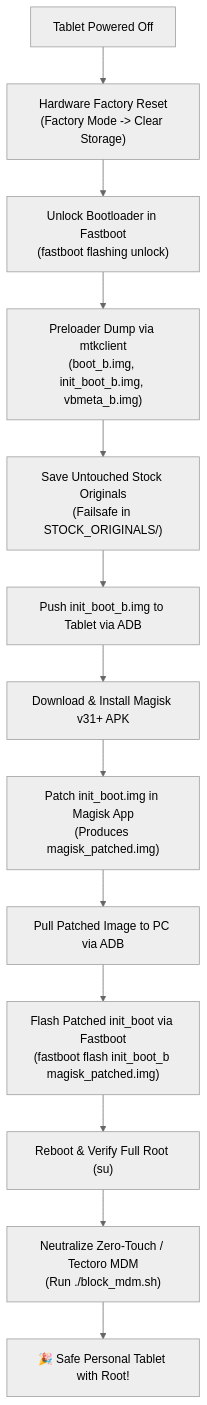
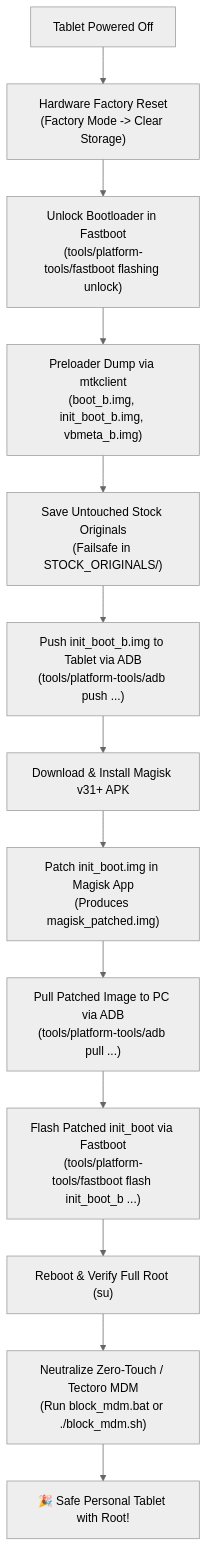
The diagram in README.md (codeturbulent/Acerone8_), drawn with Mermaid (neutral theme) before and after one commit. The commit also changed other lines of this file and 5 other files, not shown here.

````diff
--- a/README.md
+++ b/README.md
@@ -41,15 +41,15 @@
 ```mermaid
 flowchart TD
     A["Tablet Powered Off"] --> B["Hardware Factory Reset<br/>(Factory Mode -> Clear Storage)"]
-    B --> C["Unlock Bootloader in Fastboot<br/>(fastboot flashing unlock)"]
+    B --> C["Unlock Bootloader in Fastboot<br/>(tools/platform-tools/fastboot flashing unlock)"]
     C --> D["Preloader Dump via mtkclient<br/>(boot_b.img, init_boot_b.img, vbmeta_b.img)"]
     D --> E["Save Untouched Stock Originals<br/>(Failsafe in STOCK_ORIGINALS/)"]
-    E --> F["Push init_boot_b.img to Tablet via ADB"]
+    E --> F["Push init_boot_b.img to Tablet via ADB<br/>(tools/platform-tools/adb push ...)"]
     F --> G["Download & Install Magisk v31+ APK"]
     G --> H["Patch init_boot.img in Magisk App<br/>(Produces magisk_patched.img)"]
-    H --> I["Pull Patched Image to PC via ADB"]
-    I --> J["Flash Patched init_boot via Fastboot<br/>(fastboot flash init_boot_b magisk_patched.img)"]
+    H --> I["Pull Patched Image to PC via ADB<br/>(tools/platform-tools/adb pull ...)"]
+    I --> J["Flash Patched init_boot via Fastboot<br/>(tools/platform-tools/fastboot flash init_boot_b ...)"]
     J --> K["Reboot & Verify Full Root (su)"]
-    K --> L["Neutralize Zero-Touch / Tectoro MDM<br/>(Run ./block_mdm.sh)"]
+    K --> L["Neutralize Zero-Touch / Tectoro MDM<br/>(Run block_mdm.bat or ./block_mdm.sh)"]
     L --> M["🎉 Safe Personal Tablet with Root!"]
 ```
````
